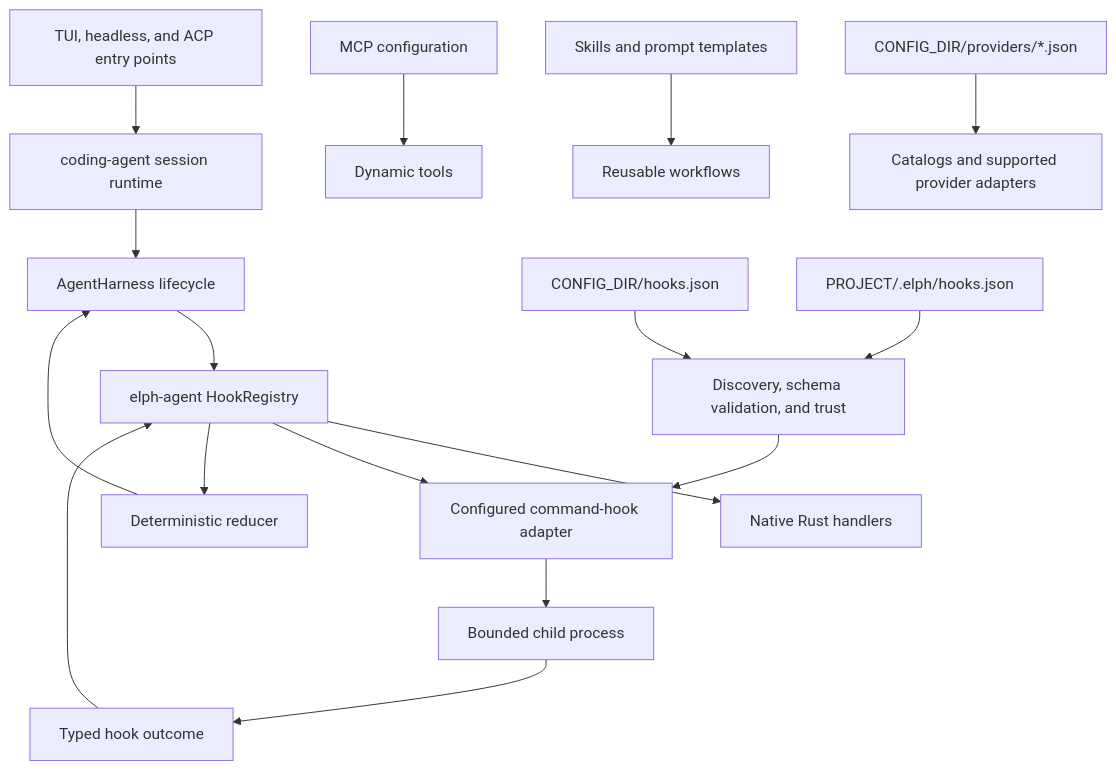
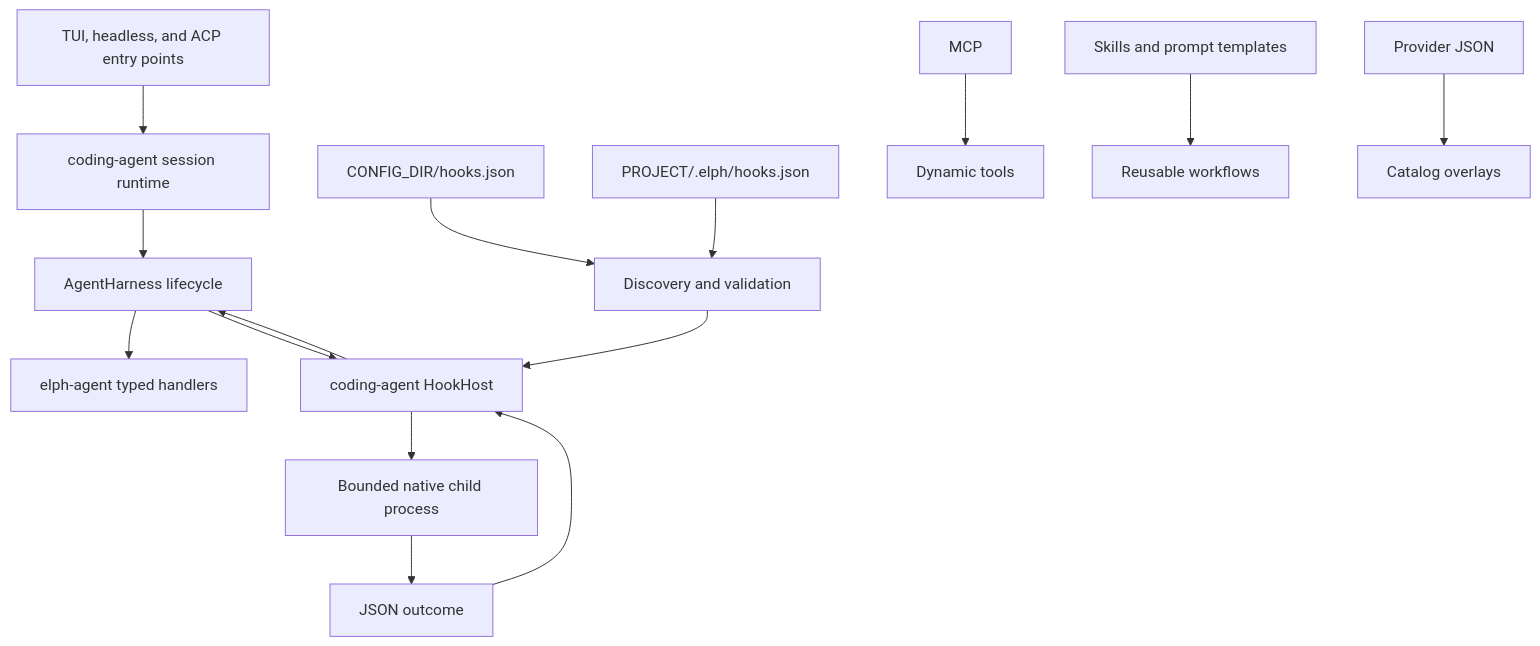
The diagram in docs/planned/hooks-runtime.md (riipandi/elph), drawn with Mermaid before and after one commit. The commit also changed other lines of this file and 24 other files, not shown here.

Commit message:
docs(hooks): document native hooks cleanup

````diff
--- a/docs/planned/hooks-runtime.md
+++ b/docs/planned/hooks-runtime.md
@@ -63,20 +31,17 @@
 ```mermaid
 flowchart TD
     A["TUI, headless, and ACP entry points"] --> B["coding-agent session runtime"]
     B --> C["AgentHarness lifecycle"]
-    C --> D["elph-agent HookRegistry"]
-    D --> E["Native Rust handlers"]
-    D --> F["Configured command-hook adapter"]
-    G["CONFIG_DIR/hooks.json"] --> H["Discovery, schema validation, and trust"]
-    I["PROJECT/.elph/hooks.json"] --> H
-    H --> F
-    F --> J["Bounded child process"]
-    J --> K["Typed hook outcome"]
-    K --> D
-    D --> L["Deterministic reducer"]
-    L --> C
-
-    M["MCP configuration"] --> N["Dynamic tools"]
-    O["Skills and prompt templates"] --> P["Reusable workflows"]
-    Q["CONFIG_DIR/providers/*.json"] --> R["Catalogs and supported provider adapters"]
+    C --> D["elph-agent typed handlers"]
+    C --> E["coding-agent HookHost"]
+    F["CONFIG_DIR/hooks.json"] --> G["Discovery and validation"]
+    H["PROJECT/.elph/hooks.json"] --> G
+    G --> E
+    E --> I["Bounded native child process"]
+    I --> J["JSON outcome"]
+    J --> E
+    E --> C
+    K["MCP"] --> L["Dynamic tools"]
+    M["Skills and prompt templates"] --> N["Reusable workflows"]
+    O["Provider JSON"] --> P["Catalog overlays"]
 ```
````
